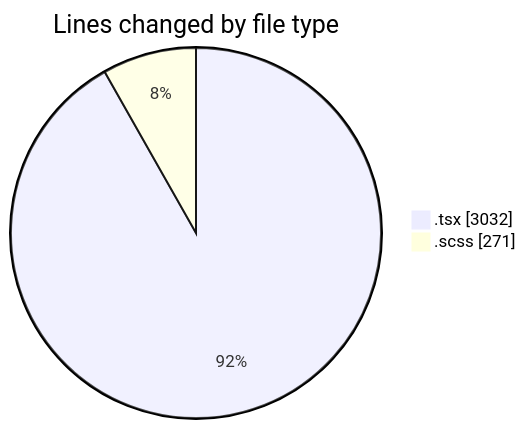
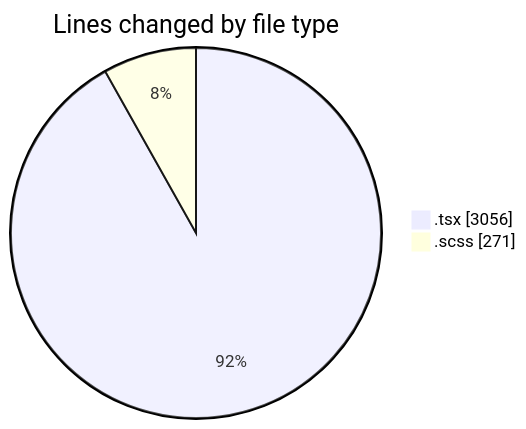
The first of 2 diagrams in 2025-11-18/cda/README.md (momahboobian/code-tracking), drawn with Mermaid before and after one commit. The commit also changed other lines of this file and 1 other file, not shown here.

````diff
--- a/2025-11-18/cda/README.md
+++ b/2025-11-18/cda/README.md
@@ -26,6 +26,6 @@
 ```mermaid
 pie showData
 title Lines changed by file type
-".tsx" : 3032
+".tsx" : 3056
 ".scss" : 271
 ```
````
